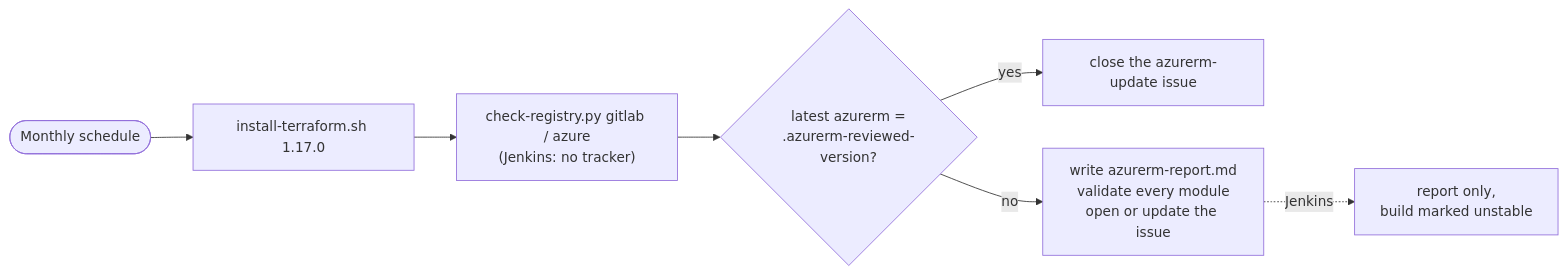
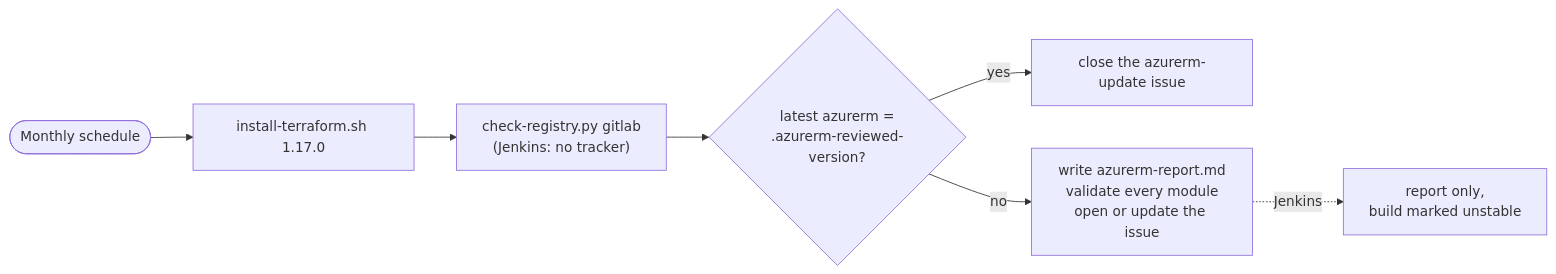
One commit to hamzaelouham/terraform-azurerm-modules changed the seventh of 8 diagrams in docs/scripts.md. Above: the diagram before and after it, drawn with Mermaid. The commit also changed other lines of this file and 11 other files, not shown here.

````diff
--- a/docs/scripts.md
+++ b/docs/scripts.md
@@ -167,9 +167,9 @@
 ```mermaid
 flowchart LR
   m(["Monthly schedule"]) --> i["install-terraform.sh 1.17.0"]
-  i --> c["check-registry.py gitlab / azure<br/>(Jenkins: no tracker)"]
+  i --> c["check-registry.py gitlab<br/>(Jenkins: no tracker)"]
   c --> q{"latest azurerm =<br/>.azurerm-reviewed-version?"}
   q -- yes --> close["close the azurerm-update issue"]
   q -- no --> rep["write azurerm-report.md<br/>validate every module<br/>open or update the issue"]
   rep -. "Jenkins" .-> unstable["report only,<br/>build marked unstable"]
 ```
````
